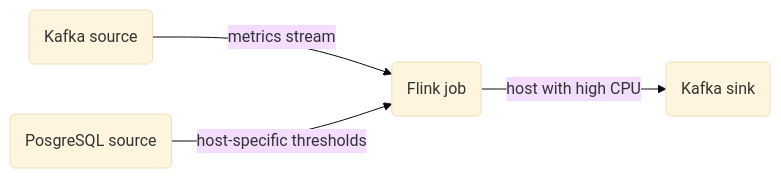
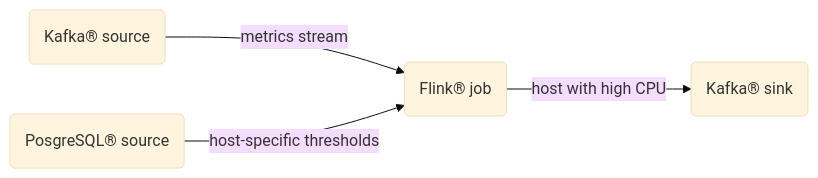
Before and after one commit to aiven/devportal: the fourth of 5 diagrams in docs/products/flink/howto/real-time-alerting-solution-cli.rst, drawn with Mermaid (base theme). The commit also changed other lines of this file and 1 other file, not shown here.

Commit message:
re-add trademark symbols in mermaid graphs

```diff
--- a/docs/products/flink/howto/real-time-alerting-solution-cli.rst
+++ b/docs/products/flink/howto/real-time-alerting-solution-cli.rst
@@ -327,7 +327,7 @@
 .. mermaid::
 
     graph LR;
 
-        id1(Kafka source)-- metrics stream -->id3(Flink job);
-		    id2(PosgreSQL source)-- host-specific thresholds -->id3;
-        id3-- host with high CPU -->id4(Kafka sink);
+        id1("Kafka® source")-- metrics stream -->id3("Flink® job");
+		    id2("PosgreSQL® source")-- host-specific thresholds -->id3;
+        id3-- host with high CPU -->id4("Kafka® sink");
```
